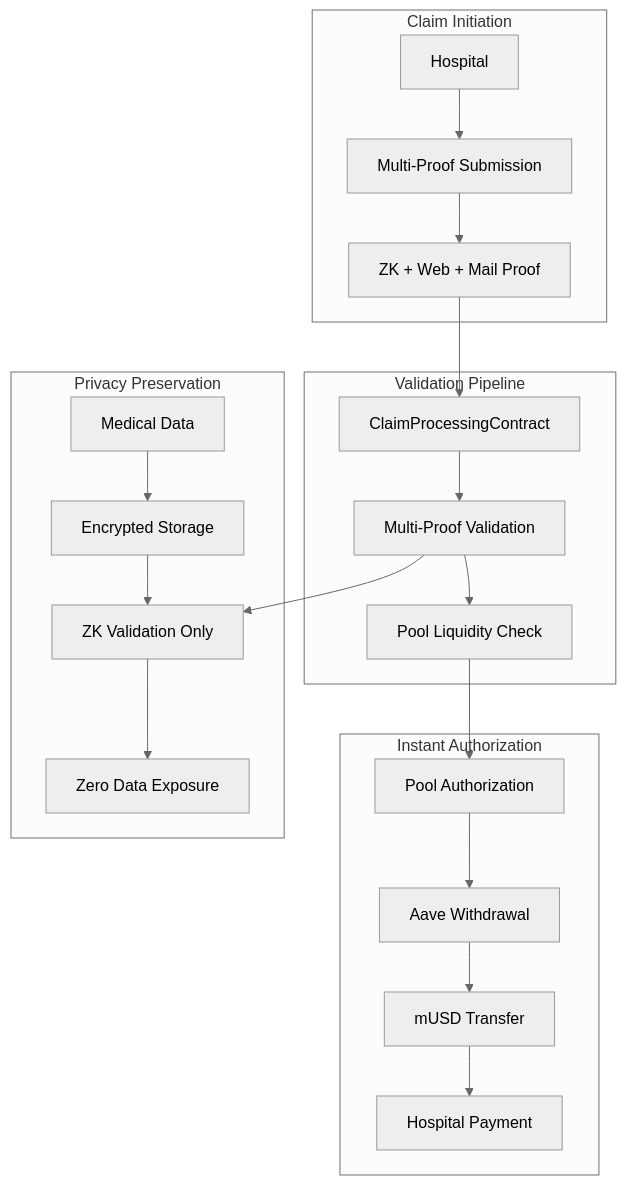
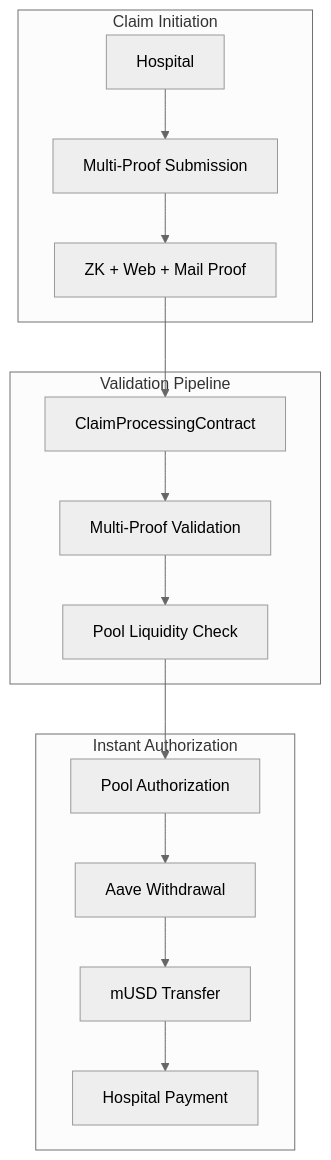
One commit to ppezzull/zkMed changed the ninth of 11 diagrams in memory-bank/systemPatterns.md. Above: the diagram before and after it, drawn with Mermaid (neutral theme). The commit also changed other lines of this file and 185 other files, not shown here.

````diff
--- a/memory-bank/systemPatterns.md
+++ b/memory-bank/systemPatterns.md
@@ -349,28 +266,20 @@
 ```mermaid
 graph TB
     subgraph "Claim Initiation"
         A[Hospital] --> B[Multi-Proof Submission]
         B --> C[ZK + Web + Mail Proof]
     end
     
     subgraph "Validation Pipeline"
         C --> D[ClaimProcessingContract]
         D --> E[Multi-Proof Validation]
         E --> F[Pool Liquidity Check]
     end
     
     subgraph "Instant Authorization"
         F --> G[Pool Authorization]
         G --> H[Aave Withdrawal]
         H --> I[mUSD Transfer]
         I --> J[Hospital Payment]
     end
-    
-    subgraph "Privacy Preservation"
-        K[Medical Data] --> L[Encrypted Storage]
-        L --> M[ZK Validation Only]
-        M --> N[Zero Data Exposure]
-    end
-    
-    E --> M
 ```
````
